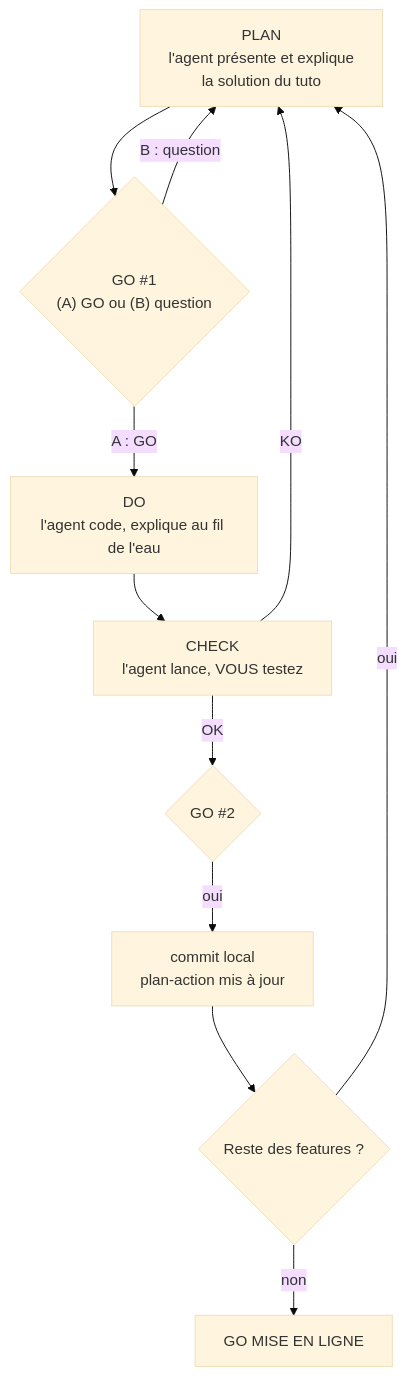
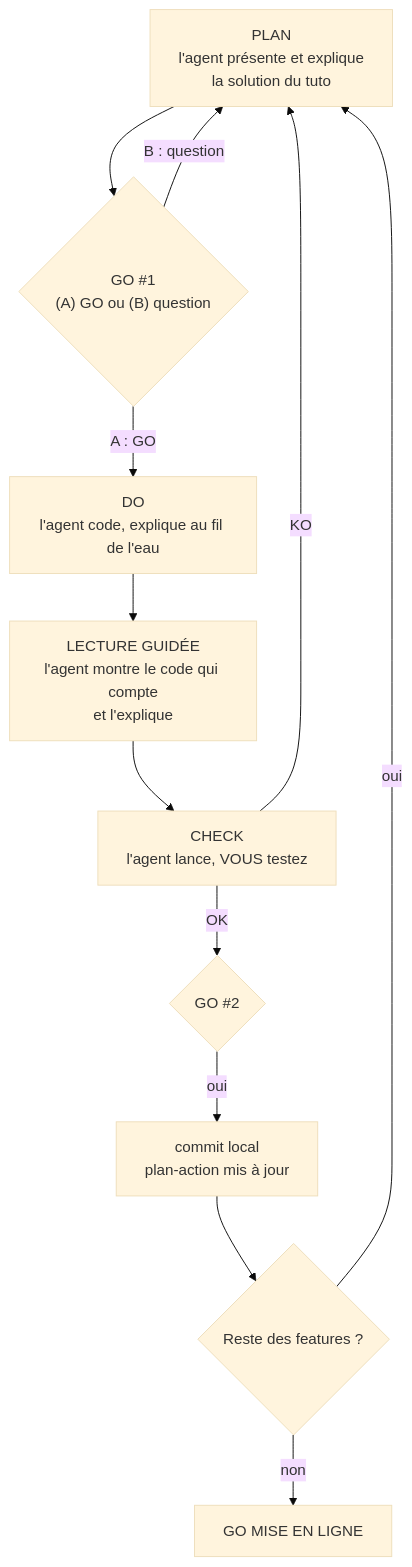
Before and after one commit to lecinquiemejour-code/goodvibe-tuto: the ninth of 38 diagrams in tuto-goodvibe-vibecoding.md, drawn with Mermaid (base theme). The commit also changed other lines of this file and 1 other file, not shown here.

Commit message:
Règle 5 : lecture guidée du code entre le DO et le CHECK

````diff
--- a/tuto-goodvibe-vibecoding.md
+++ b/tuto-goodvibe-vibecoding.md
@@ -397,13 +406,14 @@
 ```mermaid
 flowchart TD
     P["PLAN<br/>l'agent présente et explique<br/>la solution du tuto"] --> G1{"GO #1<br/>(A) GO ou (B) question"}
     G1 -- "B : question" --> P
     G1 -- "A : GO" --> DO["DO<br/>l'agent code, explique au fil de l'eau"]
-    DO --> CK["CHECK<br/>l'agent lance, VOUS testez"]
+    DO --> LG["LECTURE GUIDÉE<br/>l'agent montre le code qui compte<br/>et l'explique"]
+    LG --> CK["CHECK<br/>l'agent lance, VOUS testez"]
     CK -- "KO" --> P
     CK -- "OK" --> G2{"GO #2"}
     G2 -- "oui" --> CM["commit local<br/>plan-action mis à jour"]
     CM --> N{"Reste des features ?"}
     N -- "oui" --> P
     N -- "non" --> ML["GO MISE EN LIGNE"]
 ```
````
